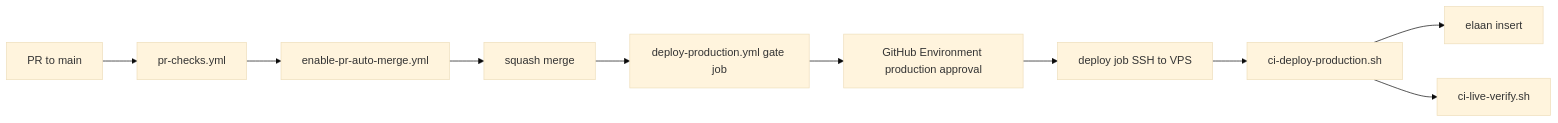
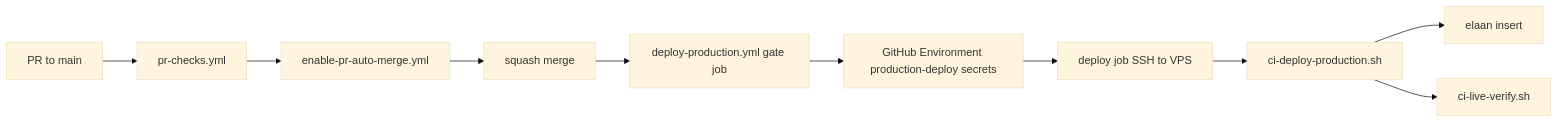
The diagram in docs/architecture/21-deployment.md (jawadrao5555-alt/taxnest), drawn with Mermaid (base theme) before and after one commit. The commit also changed other lines of this file and 21 other files, not shown here.

First line of the commit message:
ci: separate unattended production deploy from Live Ops approval (#33)

````diff
--- a/docs/architecture/21-deployment.md
+++ b/docs/architecture/21-deployment.md
@@ -5,12 +5,12 @@
 ```mermaid
 flowchart LR
   PR[PR to main] --> Checks[pr-checks.yml]
   Checks --> Auto[enable-pr-auto-merge.yml]
   Auto --> Merge[squash merge]
   Merge --> Gate[deploy-production.yml gate job]
-  Gate --> Env[GitHub Environment production approval]
+  Gate --> Env[GitHub Environment production-deploy secrets]
   Env --> SSH[deploy job SSH to VPS]
   SSH --> Script[ci-deploy-production.sh]
   Script --> Elaan[elaan insert]
   Script --> Verify[ci-live-verify.sh]
 ```
````
